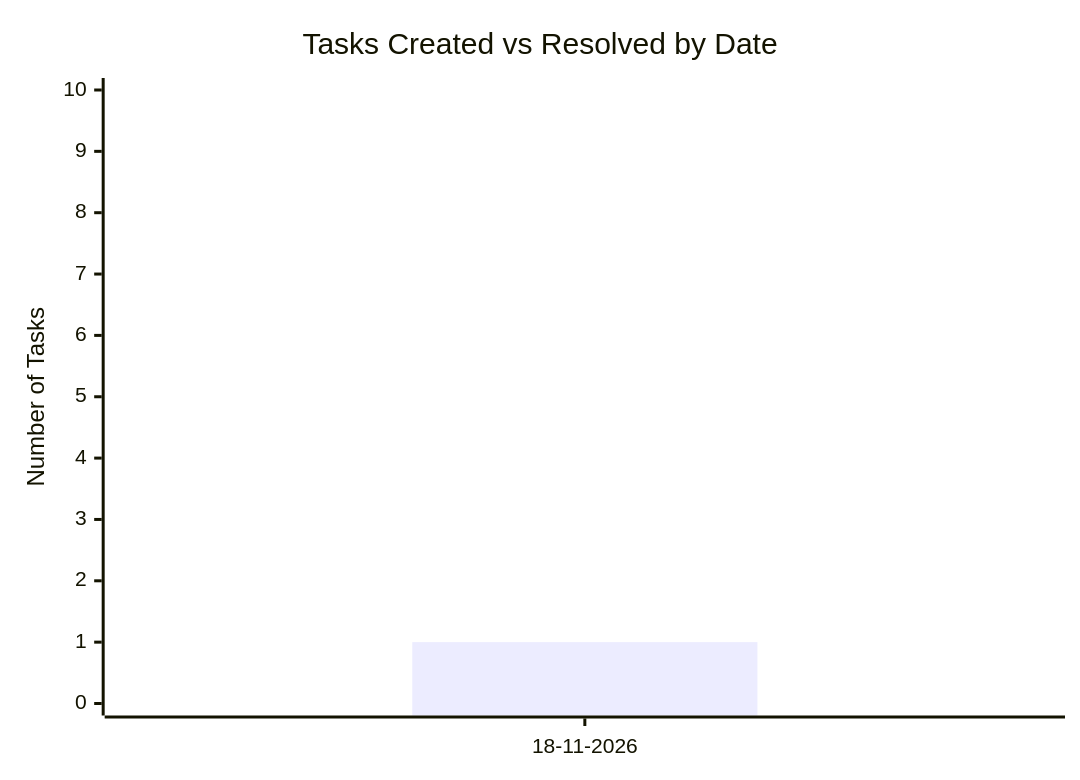
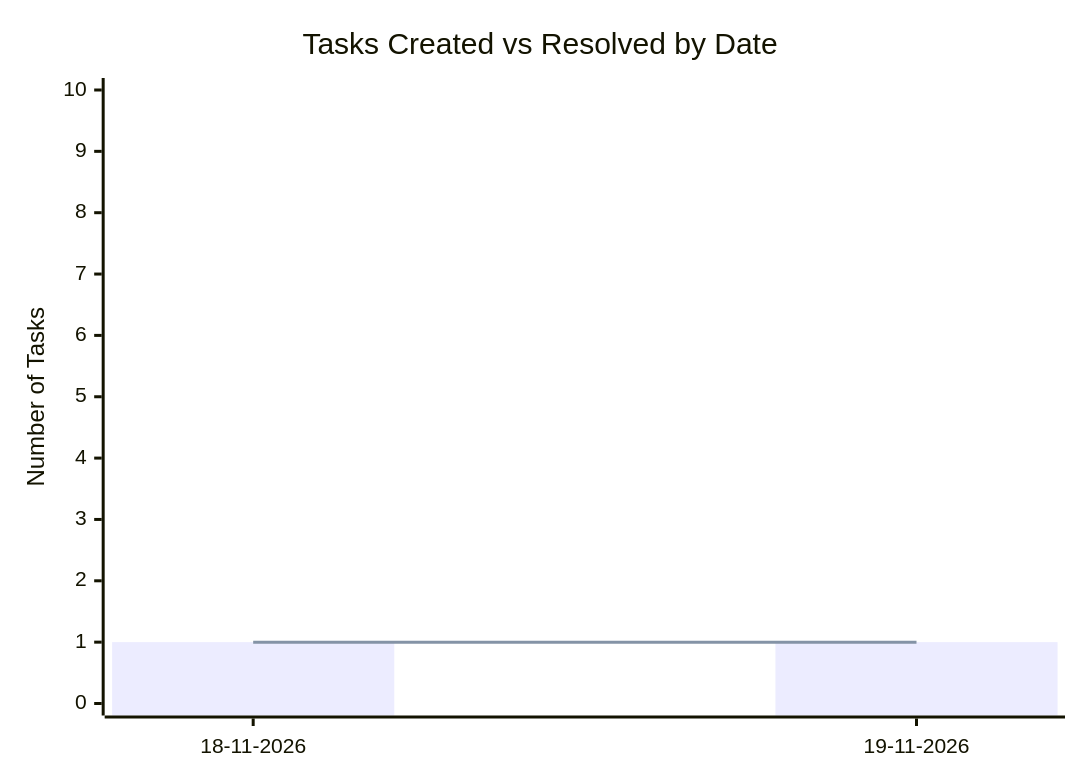
Before and after one commit to sagarms97/MyWorkDairy: the second of 2 diagrams in Room_Booking/Analytics.md, drawn with Mermaid. The commit also changed other lines of this file and 6 other files, not shown here.

````diff
--- a/Room_Booking/Analytics.md
+++ b/Room_Booking/Analytics.md
@@ -24,8 +25,8 @@
 ```mermaid
 xychart-beta
     title "Tasks Created vs Resolved by Date"
-    x-axis ["18-11-2026"]
+    x-axis ["18-11-2026", "19-11-2026"]
     y-axis "Number of Tasks" 0 --> 10
-    bar [1]
-    line [1]
+    bar [1, 1]
+    line [1, 1]
 ```
````
